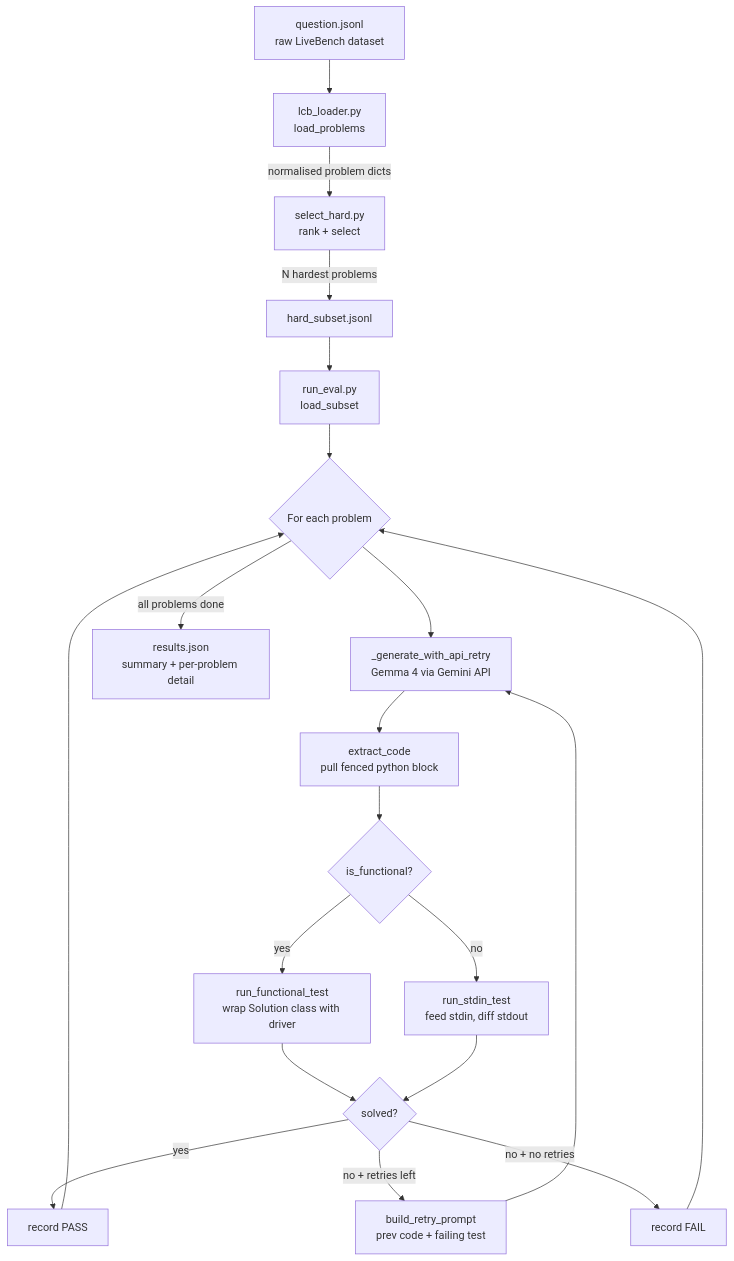
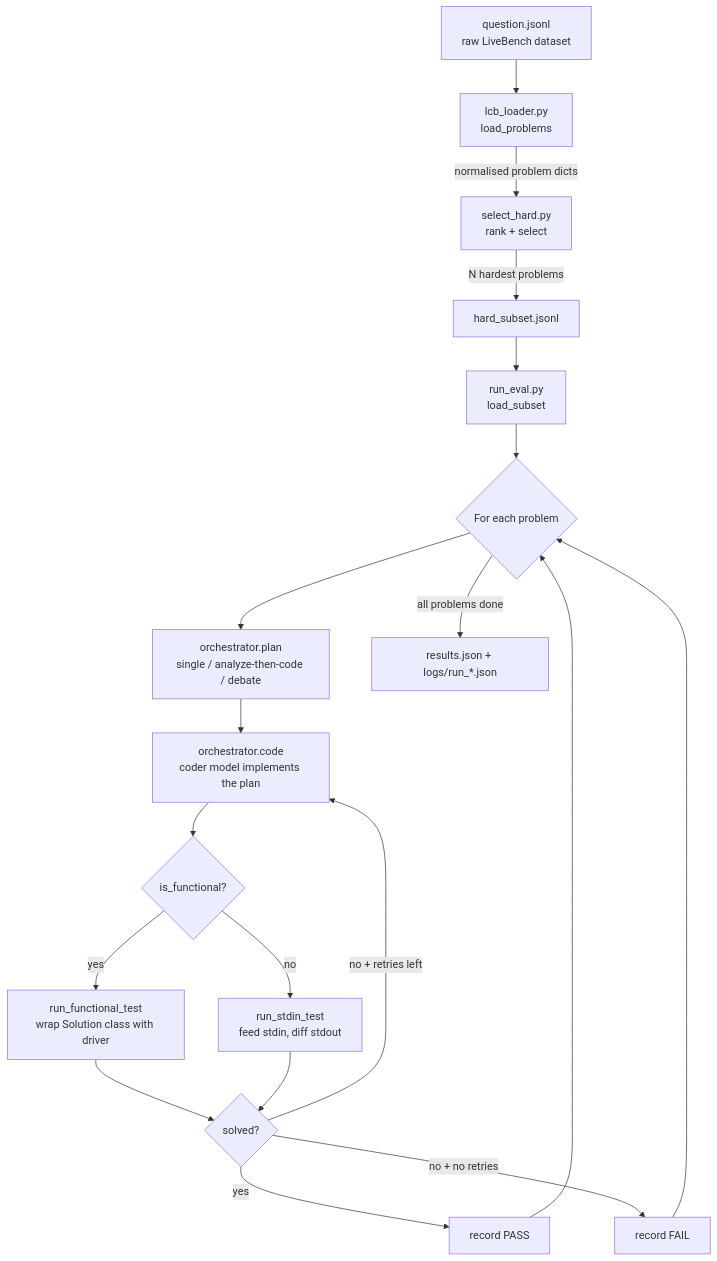
Before and after one commit to Benstin231/OIL_EVAL: the diagram in README.md, drawn with Mermaid. The commit also changed other lines of this file and 3 other files, not shown here.

Commit message:
Wire run_eval.main() to the orchestrator, add --strategy, write detailed run logs

````diff
--- a/README.md
+++ b/README.md
@@ -54,22 +59,21 @@
 ```mermaid
 flowchart TD
     A[question.jsonl<br/>raw LiveBench dataset] --> B[lcb_loader.py<br/>load_problems]
     B -->|normalised problem dicts| C[select_hard.py<br/>rank + select]
     C -->|N hardest problems| D[hard_subset.jsonl]
     D --> E[run_eval.py<br/>load_subset]
     E --> F{For each problem}
-    F --> G["_generate_with_api_retry<br/>Gemma 4 via Gemini API"]
-    G --> H["extract_code<br/>pull fenced python block"]
+    F --> G["orchestrator.plan<br/>single / analyze-then-code / debate"]
+    G --> H["orchestrator.code<br/>coder model implements the plan"]
     H --> I{is_functional?}
     I -- yes --> J[run_functional_test<br/>wrap Solution class with driver]
     I -- no --> K[run_stdin_test<br/>feed stdin, diff stdout]
     J --> L{solved?}
     K --> L
     L -- yes --> M[record PASS]
-    L -- "no + retries left" --> N["build_retry_prompt<br/>prev code + failing test"]
-    N --> G
+    L -- "no + retries left" --> H
     L -- "no + no retries" --> O[record FAIL]
     M --> F
     O --> F
-    F -->|all problems done| P[results.json<br/>summary + per-problem detail]
+    F -->|all problems done| P[results.json + logs/run_*.json]
 ```
````
